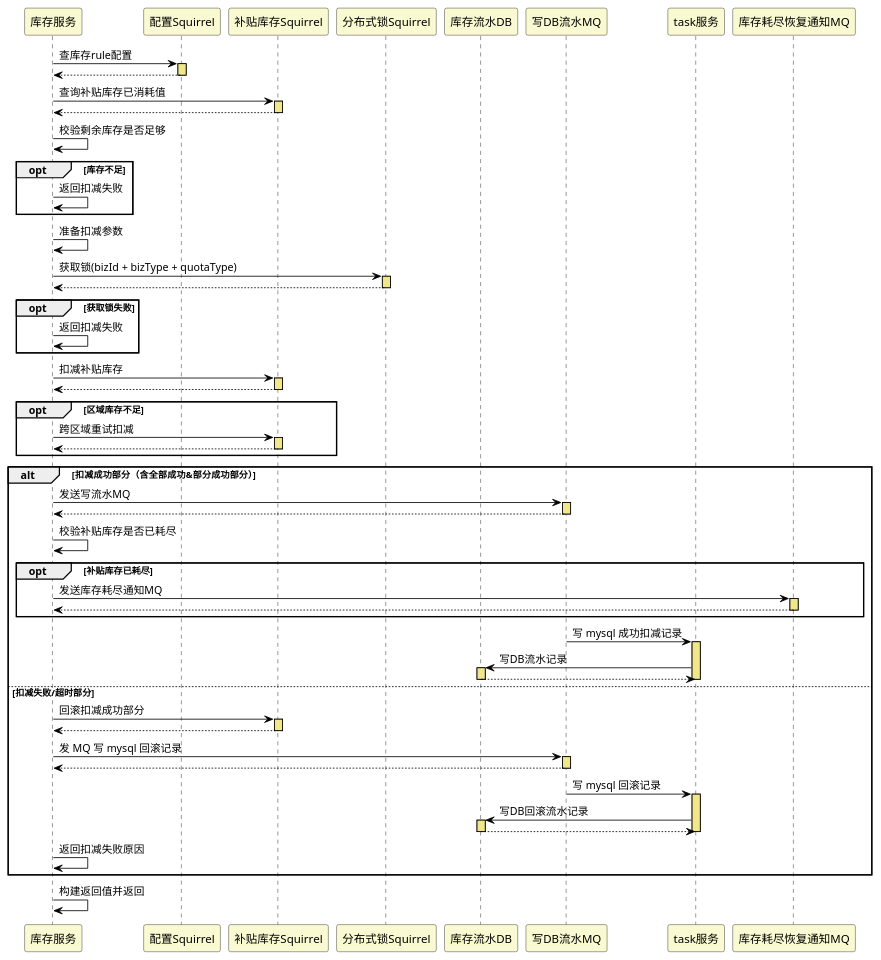
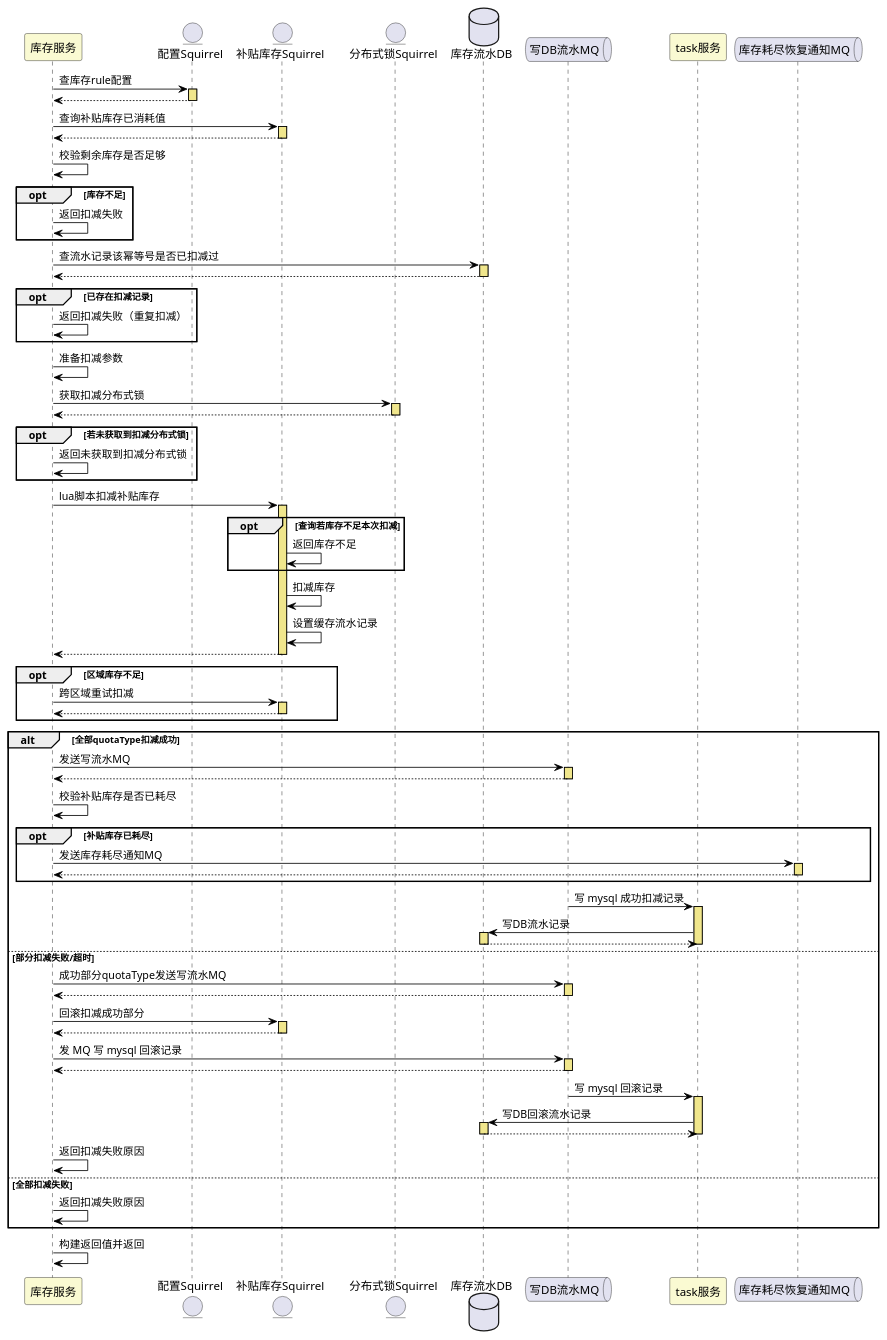
One commit to zhangbotong/mt-plantuml changed the diagram in src/coupon/quota/subsidyDeduct.puml. Above: the diagram before and after it, drawn with PlantUML. The commit also changed 17 other files, not shown here.

```diff
--- a/src/coupon/quota/subsidyDeduct.puml
+++ b/src/coupon/quota/subsidyDeduct.puml
@@ -1,102 +1,124 @@
 @startuml
 skinparam sequence {
 ArrowColor black
 LifeLineBorderColor black
 LifeLineBackgroundColor khaki
 ParticipantBackgroundColor lightgoldenrodyellow
 }
 
 
 participant 库存服务
-participant 配置Squirrel
-participant 补贴库存Squirrel
-participant 分布式锁Squirrel
-participant 库存流水DB
-participant 写DB流水MQ
+entity 配置Squirrel
+entity 补贴库存Squirrel
+entity 分布式锁Squirrel
+database 库存流水DB
+queue 写DB流水MQ
 participant task服务
-participant 库存耗尽恢复通知MQ
+queue 库存耗尽恢复通知MQ
 
 库存服务 -> 配置Squirrel : 查库存rule配置
 activate 配置Squirrel
 配置Squirrel --> 库存服务
 deactivate 配置Squirrel
 
 库存服务 -> 补贴库存Squirrel : 查询补贴库存已消耗值
 activate 补贴库存Squirrel
 补贴库存Squirrel --> 库存服务
 deactivate 补贴库存Squirrel
 
 库存服务 -> 库存服务: 校验剩余库存是否足够
 
 opt 库存不足
     库存服务 -> 库存服务 : 返回扣减失败
 end
 
+库存服务 -> 库存流水DB: 查流水记录该幂等号是否已扣减过
+activate 库存流水DB
+库存流水DB --> 库存服务
+deactivate 库存流水DB
+
+opt 已存在扣减记录
+库存服务 -> 库存服务: 返回扣减失败（重复扣减）
+end
+
 库存服务 -> 库存服务 : 准备扣减参数
 
-库存服务 -> 分布式锁Squirrel : 获取锁(bizId + bizType + quotaType)
+库存服务 -> 分布式锁Squirrel:获取扣减分布式锁
 activate 分布式锁Squirrel
-分布式锁Squirrel --> 库存服务
+    分布式锁Squirrel --> 库存服务
 deactivate 分布式锁Squirrel
 
-opt 获取锁失败
-    库存服务 -> 库存服务 : 返回扣减失败
+opt 若未获取到扣减分布式锁
+    库存服务 -> 库存服务: 返回未获取到扣减分布式锁
 end
 
-库存服务 -> 补贴库存Squirrel : 扣减补贴库存
+库存服务 -> 补贴库存Squirrel : lua脚本扣减补贴库存
 activate 补贴库存Squirrel
-补贴库存Squirrel --> 库存服务
+    opt 查询若库存不足本次扣减
+        补贴库存Squirrel -> 补贴库存Squirrel: 返回库存不足
+    end
+
+    补贴库存Squirrel -> 补贴库存Squirrel: 扣减库存
+    补贴库存Squirrel -> 补贴库存Squirrel: 设置缓存流水记录
+    补贴库存Squirrel --> 库存服务
 deactivate 补贴库存Squirrel
 
 opt 区域库存不足
    库存服务 -> 补贴库存Squirrel : 跨区域重试扣减
    activate 补贴库存Squirrel
         补贴库存Squirrel --> 库存服务
    deactivate 补贴库存Squirrel
 end
 
-alt 扣减成功部分（含全部成功&部分成功部分）
+alt 全部quotaType扣减成功
     库存服务 -> 写DB流水MQ : 发送写流水MQ
     activate 写DB流水MQ
         写DB流水MQ --> 库存服务
     deactivate 写DB流水MQ
 
     库存服务 -> 库存服务: 校验补贴库存是否已耗尽
     opt 补贴库存已耗尽
         库存服务 -> 库存耗尽恢复通知MQ: 发送库存耗尽通知MQ
         activate 库存耗尽恢复通知MQ
             库存耗尽恢复通知MQ --> 库存服务
         deactivate 库存耗尽恢复通知MQ
     end
 
     写DB流水MQ -> task服务 : 写 mysql 成功扣减记录
     activate task服务
         task服务 -> 库存流水DB: 写DB流水记录
         activate 库存流水DB
             库存流水DB --> task服务
         deactivate 库存流水DB
     deactivate task服务
-else 扣减失败/超时部分
+else 部分扣减失败/超时
+    库存服务 -> 写DB流水MQ : 成功部分quotaType发送写流水MQ
+    activate 写DB流水MQ
+        写DB流水MQ --> 库存服务
+    deactivate 写DB流水MQ
+
     库存服务 -> 补贴库存Squirrel : 回滚扣减成功部分
     activate 补贴库存Squirrel
         补贴库存Squirrel --> 库存服务
     deactivate
 
     库存服务 -> 写DB流水MQ : 发 MQ 写 mysql 回滚记录
     activate 写DB流水MQ
         写DB流水MQ --> 库存服务
     deactivate 写DB流水MQ
 
     写DB流水MQ -> task服务 : 写 mysql 回滚记录
     activate task服务
         task服务 -> 库存流水DB: 写DB回滚流水记录
         activate 库存流水DB
             库存流水DB --> task服务
         deactivate 库存流水DB
     deactivate task服务
 
     库存服务 -> 库存服务 : 返回扣减失败原因
+else 全部扣减失败
+    库存服务 -> 库存服务 : 返回扣减失败原因
 end
 
 库存服务 -> 库存服务: 构建返回值并返回
 @enduml
```
